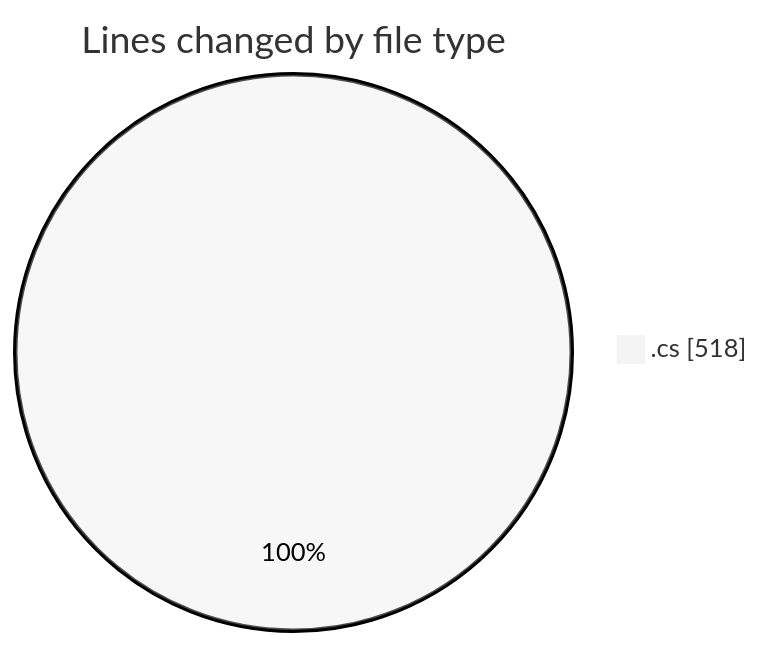
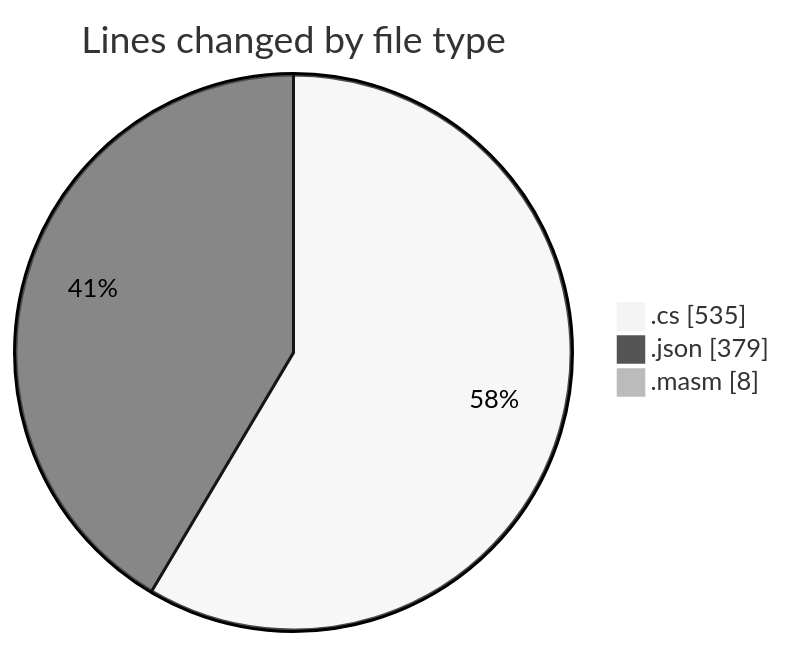
One commit to charlie-sans/code-tracking changed the first of 2 diagrams in 2025-03-15/sharpmasm/README.md. Above: the diagram before and after it, drawn with Mermaid (neutral theme). The commit also changed other lines of this file and 1 other file, not shown here.

````diff
--- a/2025-03-15/sharpmasm/README.md
+++ b/2025-03-15/sharpmasm/README.md
@@ -24,5 +26,7 @@
 ```mermaid
 pie showData
 title Lines changed by file type
-".cs" : 518
+".cs" : 535
+".json" : 379
+".masm" : 8
 ```
````
